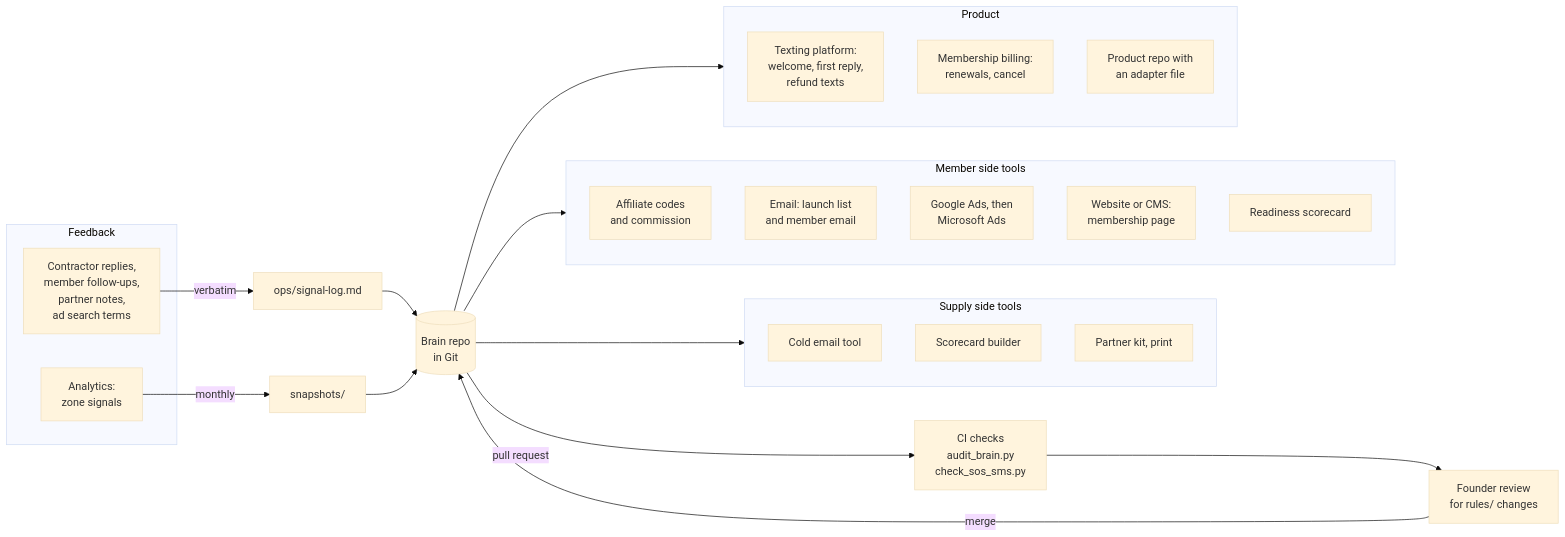
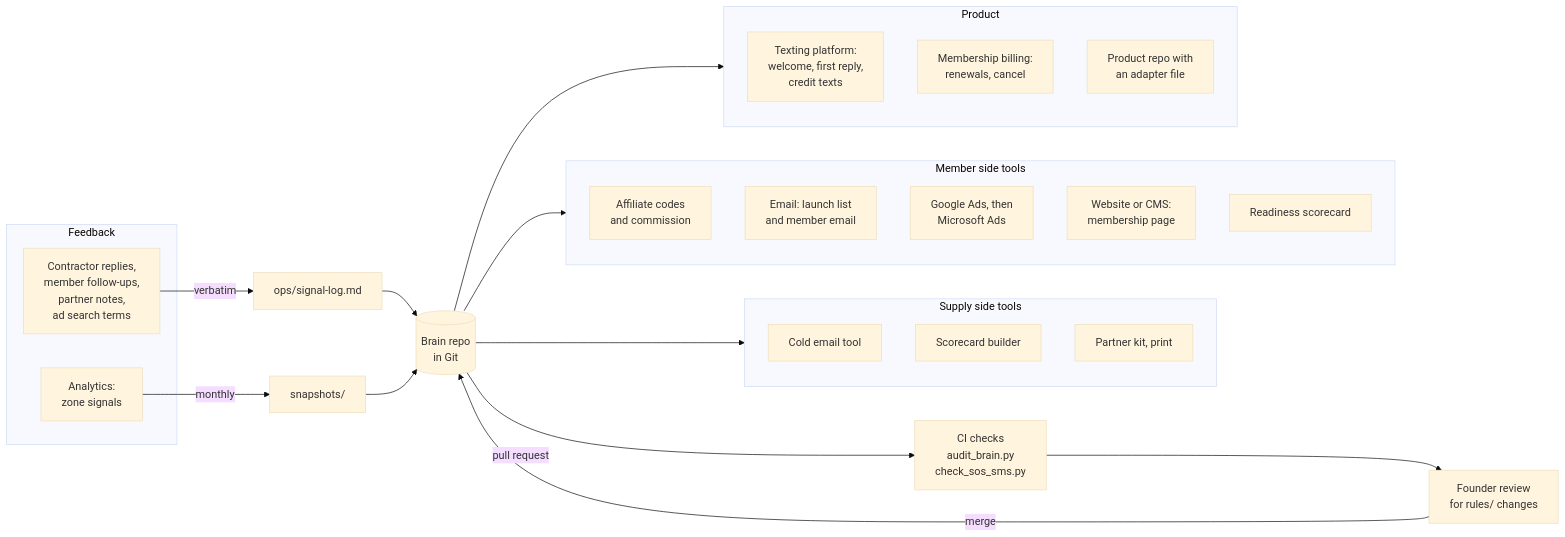
One commit to Saasrelaunchdev/SOSSMSGTMBrain changed the seventh of 9 diagrams in README.md. Above: the diagram before and after it, drawn with Mermaid (base theme). The commit also changed other lines of this file and 63 other files, not shown here.

````diff
--- a/README.md
+++ b/README.md
@@ -331,35 +331,35 @@
 ```mermaid
 flowchart LR
     subgraph LOOP["Feedback"]
         INB["Contractor replies,<br/>member follow-ups,<br/>partner notes,<br/>ad search terms"]
         AN["Analytics:<br/>zone signals"]
     end
     INB -->|"verbatim"| SIG["ops/signal-log.md"]
     AN -->|"monthly"| SNAP["snapshots/"]
     SIG --> BR
     SNAP --> BR
     BR[("Brain repo<br/>in Git")]
     BR -->|"pull request"| CI["CI checks<br/>audit_brain.py<br/>check_sos_sms.py"]
     CI --> REV["Founder review<br/>for rules/ changes"]
     REV -->|"merge"| BR
     BR --> SUP
     BR --> DEM
     BR --> PROD
     subgraph SUP["Supply side tools"]
         EM["Cold email tool"]
         SC["Scorecard builder"]
         PK["Partner kit, print"]
     end
     subgraph DEM["Member side tools"]
         AFF["Affiliate codes<br/>and commission"]
         ME["Email: launch list<br/>and member email"]
         ADS["Google Ads, then<br/>Microsoft Ads"]
         WEB["Website or CMS:<br/>membership page"]
         RS["Readiness scorecard"]
     end
     subgraph PROD["Product"]
-        SMS["Texting platform:<br/>welcome, first reply,<br/>refund texts"]
+        SMS["Texting platform:<br/>welcome, first reply,<br/>credit texts"]
         BILL["Membership billing:<br/>renewals, cancel"]
         APP["Product repo with<br/>an adapter file"]
     end
 ```
````
